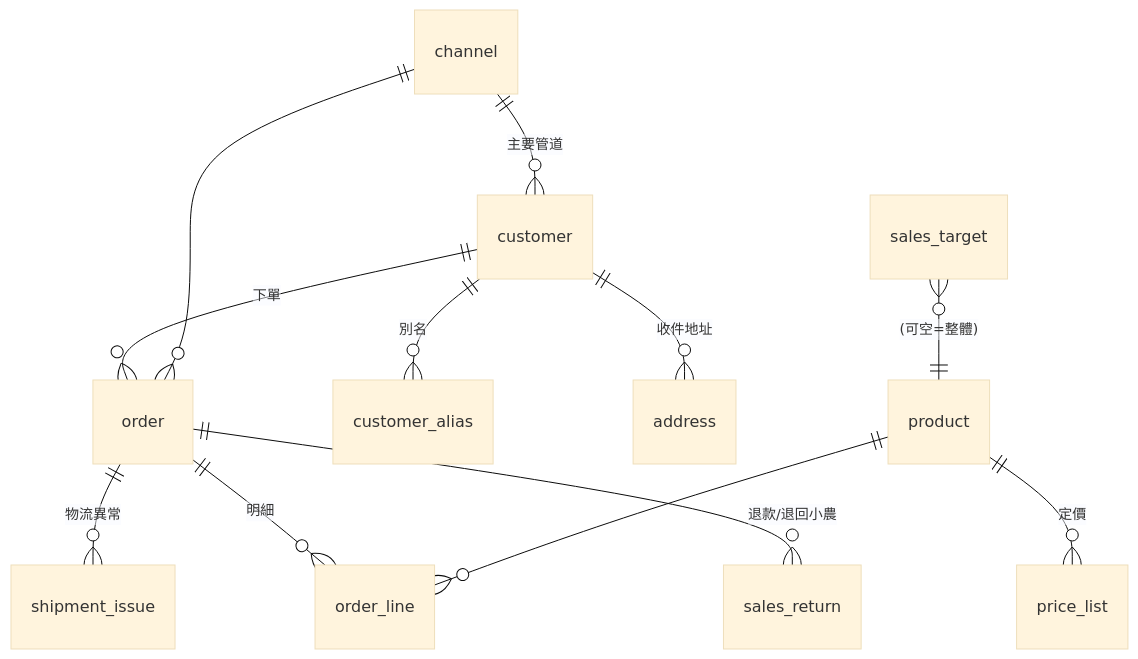
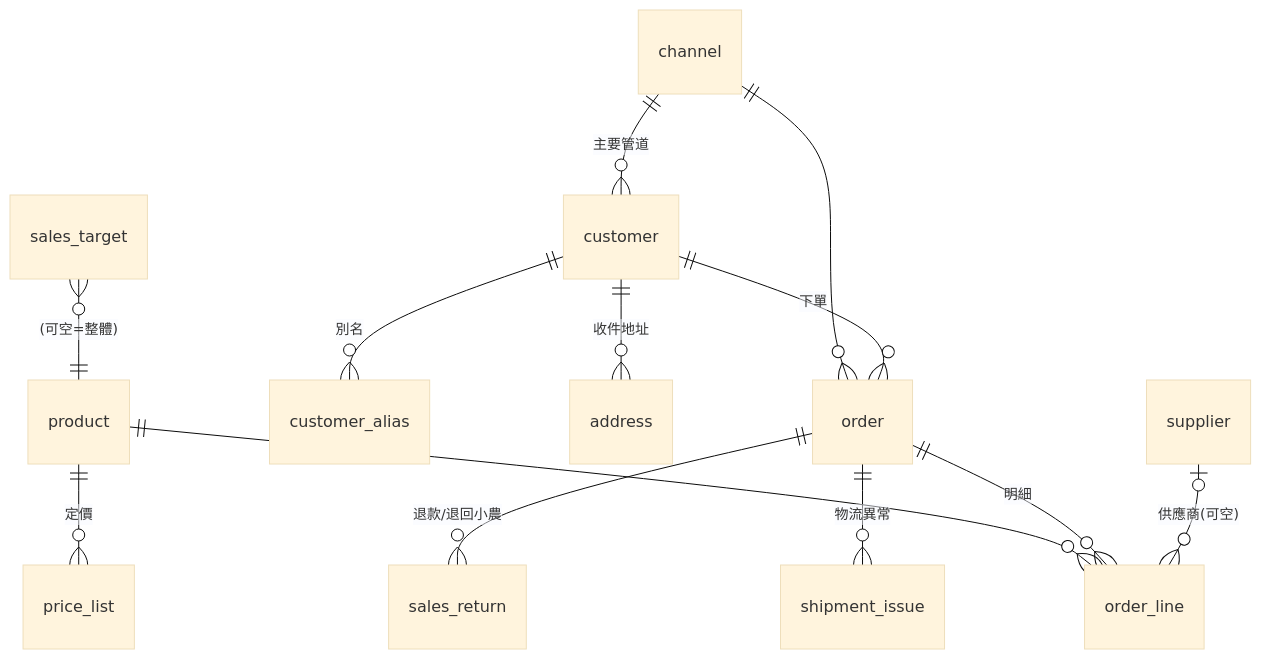
Before and after one commit to chihsuanwang/Jun-Shuo: the second of 2 diagrams in app/docs/系統文件.md, drawn with Mermaid (base theme). The commit also changed other lines of this file and 20 other files, not shown here.

````diff
--- a/app/docs/系統文件.md
+++ b/app/docs/系統文件.md
@@ -53,14 +53,15 @@
 ```mermaid
 erDiagram
     channel     ||--o{ customer     : "主要管道"
     channel     ||--o{ "order"      : ""
     customer    ||--o{ customer_alias: "別名"
     customer    ||--o{ address       : "收件地址"
     customer    ||--o{ "order"       : "下單"
     product     ||--o{ price_list    : "定價"
     product     ||--o{ order_line    : ""
     "order"     ||--o{ order_line    : "明細"
+    supplier    |o--o{ order_line    : "供應商(可空)"
     "order"     ||--o{ shipment_issue: "物流異常"
     "order"     ||--o{ sales_return  : "退款/退回小農"
     sales_target }o--|| product      : "(可空=整體)"
 ```
````
